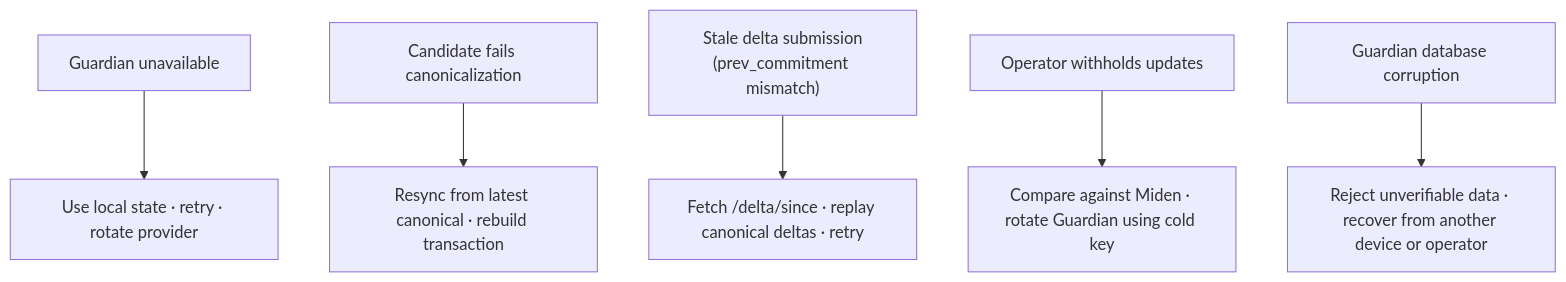
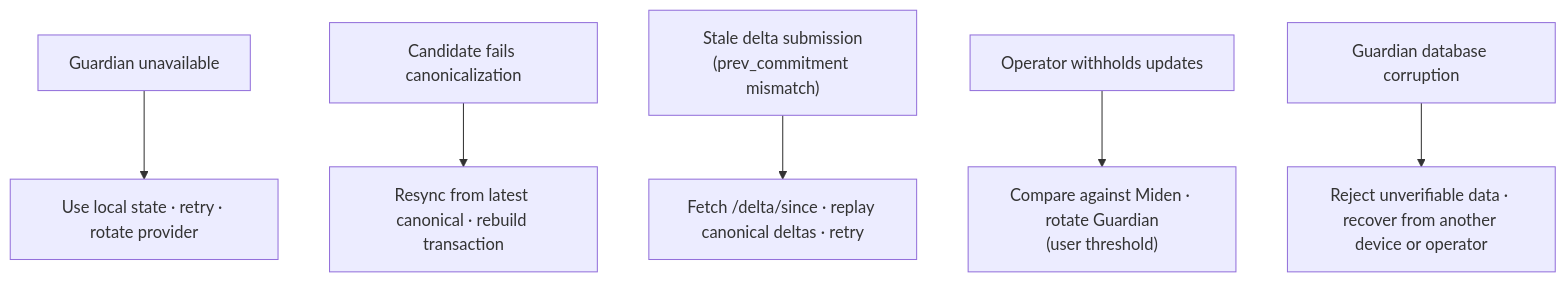
Before and after one commit to OpenZeppelin/guardian: the fourth of 4 diagrams in docs/CONCEPTS.md, drawn with Mermaid. The commit also changed other lines of this file, not shown here.

````diff
--- a/docs/CONCEPTS.md
+++ b/docs/CONCEPTS.md
@@ -196,8 +217,8 @@
 ```mermaid
 flowchart TB
   F1["Guardian unavailable"] --> R1["Use local state · retry · rotate provider"]
   F2["Candidate fails canonicalization"] --> R2["Resync from latest canonical · rebuild transaction"]
   F3["Stale delta submission<br/>(prev_commitment mismatch)"] --> R3["Fetch /delta/since · replay canonical deltas · retry"]
-  F4["Operator withholds updates"] --> R4["Compare against Miden · rotate Guardian using cold key"]
+  F4["Operator withholds updates"] --> R4["Compare against Miden · rotate Guardian<br/>(user threshold)"]
   F5["Guardian database corruption"] --> R5["Reject unverifiable data · recover from another device or operator"]
 ```
````
